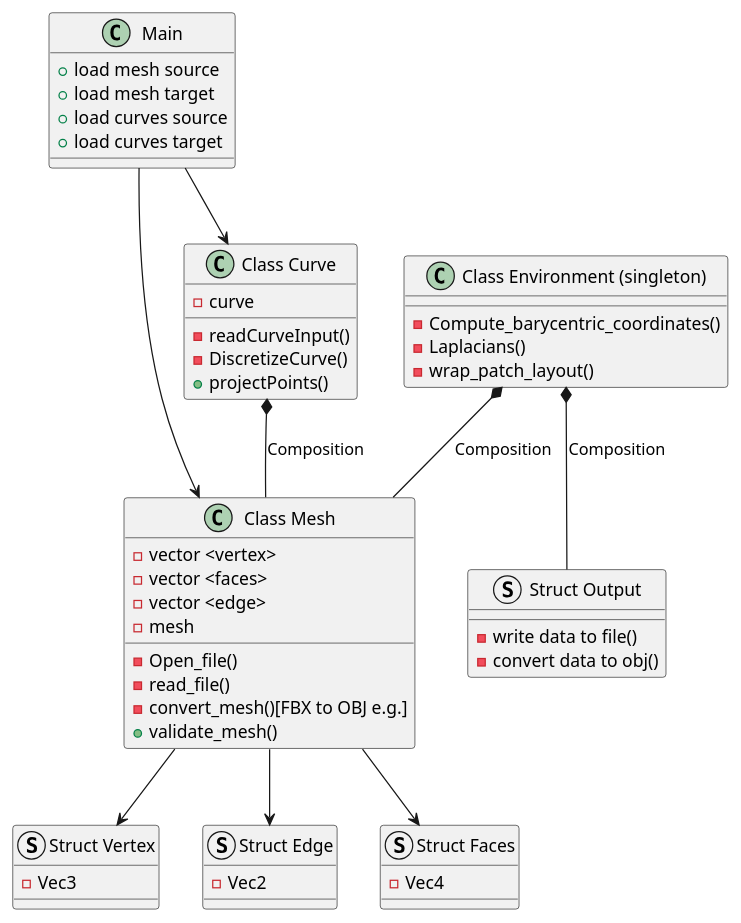
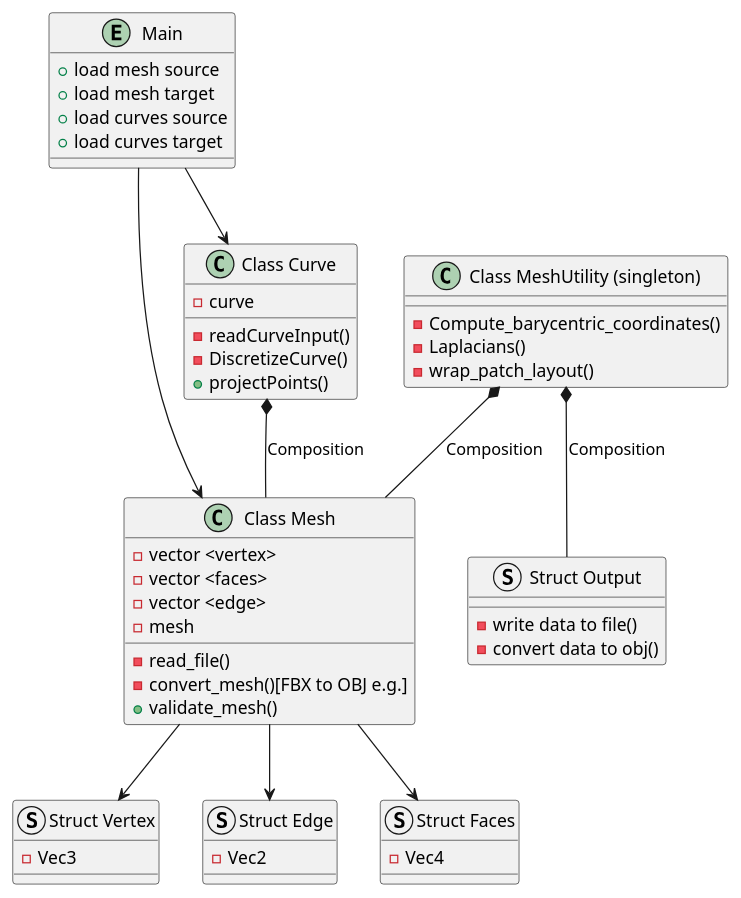
One commit to Robijn98/TopologyTransferTool changed the diagram in class_diagram/class_diagram.puml. Above: the diagram before and after it, drawn with PlantUML. The commit also changed 11 other files, not shown here.

```diff
--- a/class_diagram/class_diagram.puml
+++ b/class_diagram/class_diagram.puml
@@ -1,61 +1,60 @@
 @startuml Wrapper
 
-class "Main" {
+entity "Main" {
     + load mesh source
     + load mesh target
     + load curves source
     + load curves target
 }
 
 class "Class Mesh" {
     - vector <vertex>
     - vector <faces>
     - vector <edge>
     - mesh
-    - Open_file()
     - read_file()
     - convert_mesh()[FBX to OBJ e.g.]
     + validate_mesh()
 }
 
 class "Class Curve" {
     - curve
     - readCurveInput()
     - DiscretizeCurve()
     + projectPoints()
 }
 
-class "Class Environment (singleton)" {
+class "Class MeshUtility (singleton)" {
     - Compute_barycentric_coordinates()
     - Laplacians()
     - wrap_patch_layout()
 }
 
 struct "Struct Vertex" {
     - Vec3
 }
 
 struct "Struct Edge" {
     - Vec2
 }
 
 struct "Struct Faces" {
     - Vec4
 }
 
 struct "Struct Output" {
     - write data to file()
     - convert data to obj()
 }
 
 ' Relationships
 "Main" --> "Class Mesh" 
 "Main" --> "Class Curve"
 "Class Curve" *-- "Class Mesh" : Composition
-"Class Environment (singleton)" *-- "Class Mesh" : Composition
-"Class Environment (singleton)" *-- "Struct Output" : Composition
+"Class MeshUtility (singleton)" *-- "Class Mesh" : Composition
+"Class MeshUtility (singleton)" *-- "Struct Output" : Composition
 "Class Mesh" --> "Struct Vertex"
 "Class Mesh" --> "Struct Edge"
 "Class Mesh" --> "Struct Faces"
 
 @enduml
```
